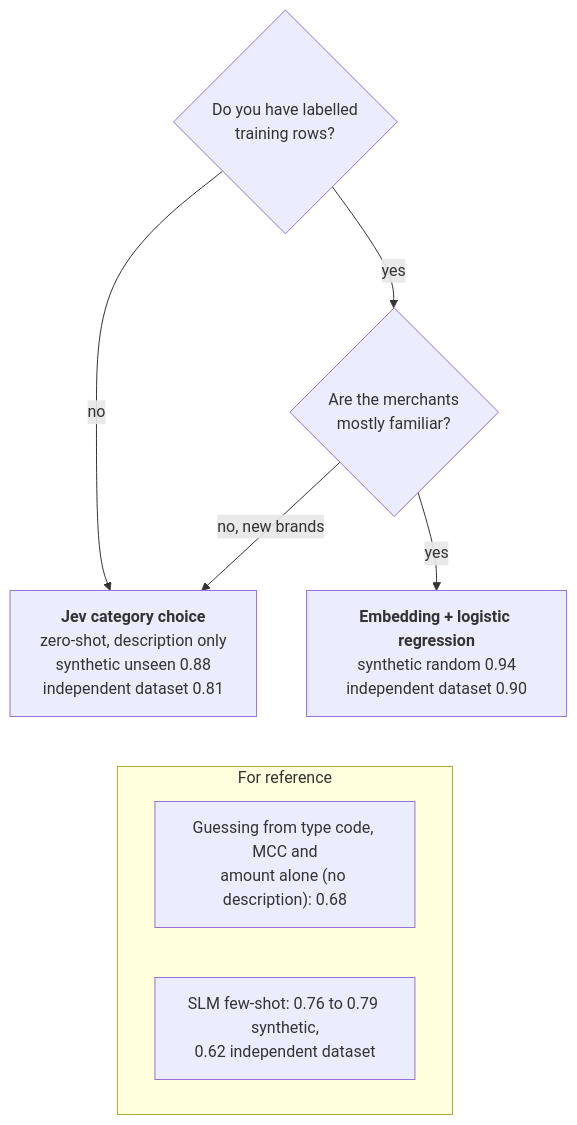
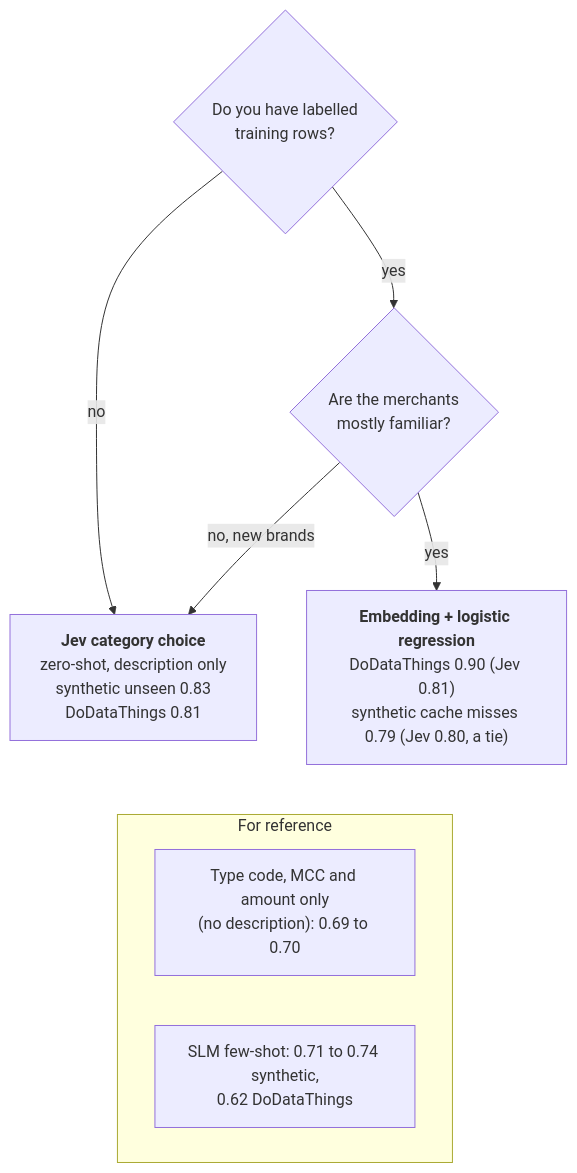
One commit to aeoxyz-jpg/tranx-transaction-standardization changed the diagram in docs/diagrams/category_decision.mmd. Above: the diagram before and after it, drawn with Mermaid. The commit also changed 30 other files, not shown here.

```diff
--- a/docs/diagrams/category_decision.mmd
+++ b/docs/diagrams/category_decision.mmd
@@ -1,12 +1,12 @@
 flowchart TD
     Q1{"Do you have labelled<br/>training rows?"}
     Q1 -->|yes| Q2{"Are the merchants<br/>mostly familiar?"}
-    Q1 -->|no| JEV["<b>Jev category choice</b><br/>zero-shot, description only<br/>synthetic unseen 0.88<br/>independent dataset 0.81"]
-    Q2 -->|yes| EMB["<b>Embedding + logistic regression</b><br/>synthetic random 0.94<br/>independent dataset 0.90"]
+    Q1 -->|no| JEV["<b>Jev category choice</b><br/>zero-shot, description only<br/>synthetic unseen 0.83<br/>DoDataThings 0.81"]
+    Q2 -->|yes| EMB["<b>Embedding + logistic regression</b><br/>DoDataThings 0.90 (Jev 0.81)<br/>synthetic cache misses 0.79 (Jev 0.80, a tie)"]
     Q2 -->|"no, new brands"| JEV
     subgraph REF["For reference"]
-        BASE["Guessing from type code, MCC and<br/>amount alone (no description): 0.68"]
-        SLMN["SLM few-shot: 0.76 to 0.79 synthetic,<br/>0.62 independent dataset"]
+        BASE["Type code, MCC and amount only<br/>(no description): 0.69 to 0.70"]
+        SLMN["SLM few-shot: 0.71 to 0.74 synthetic,<br/>0.62 DoDataThings"]
     end
     JEV ~~~ REF
     EMB ~~~ REF
```
